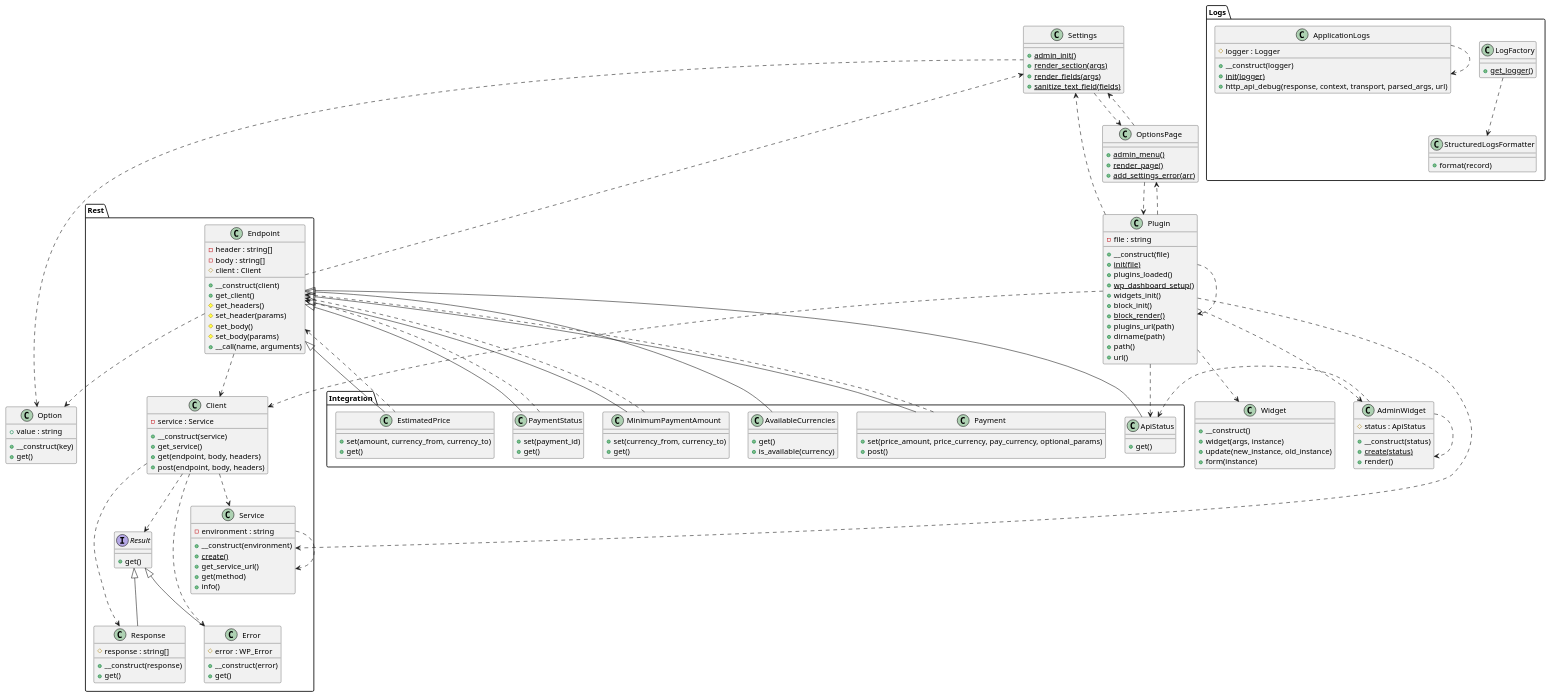
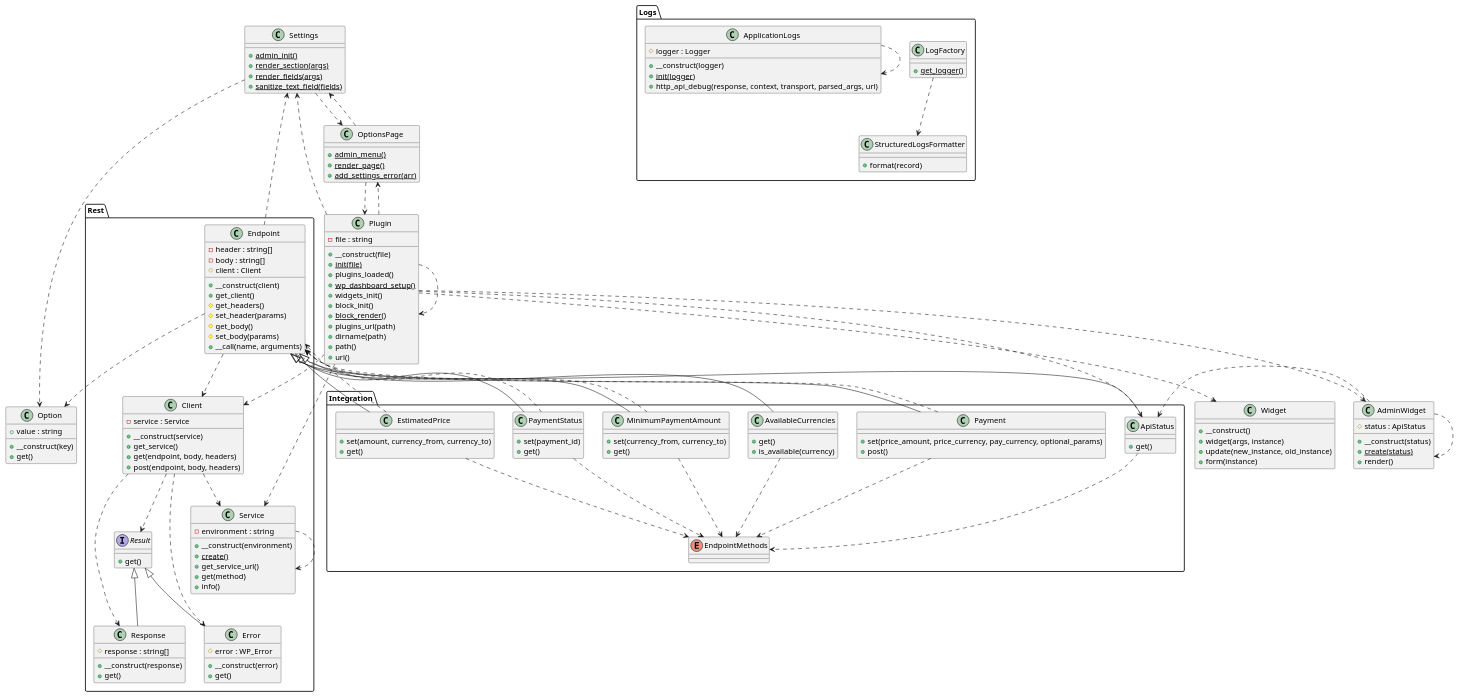
Before and after one commit to lloc/wp-nowpayments-integration: the diagram in plantuml_gist.puml, drawn with PlantUML. The commit also changed 7 other files, not shown here.

Commit message:
EndpointMethods enum introduced

```diff
--- a/plantuml_gist.puml
+++ b/plantuml_gist.puml
@@ -1,161 +1,169 @@
 @startuml class-diagram
   class "Settings" as Settings {
     {static} +admin_init()
     {static} +render_section(args)
     {static} +render_fields(args)
     {static} +sanitize_text_field(fields)
   }
   class "Option" as Option {
     +value : string
     +__construct(key)
     +get()
   }
   class "Plugin" as Plugin {
     -file : string
     +__construct(file)
     {static} +init(file)
     +plugins_loaded()
     {static} +wp_dashboard_setup()
     +widgets_init()
     +block_init()
     {static} +block_render()
     +plugins_url(path)
     +dirname(path)
     +path()
     +url()
   }
   class "Widget" as Widget {
     +__construct()
     +widget(args, instance)
     +update(new_instance, old_instance)
     +form(instance)
   }
   class "AdminWidget" as AdminWidget {
     #status : ApiStatus
     +__construct(status)
     {static} +create(status)
     +render()
   }
   class "OptionsPage" as OptionsPage {
     {static} +admin_menu()
     {static} +render_page()
     {static} +add_settings_error(arr)
   }
   package Integration as Integration {
     class "EstimatedPrice" as Integration_EstimatedPrice {
       +set(amount, currency_from, currency_to)
       +get()
+    }
+    enum "EndpointMethods" as Integration_EndpointMethods {
     }
     class "Payment" as Integration_Payment {
       +set(price_amount, price_currency, pay_currency, optional_params)
       +post()
     }
     class "AvailableCurrencies" as Integration_AvailableCurrencies {
       +get()
       +is_available(currency)
     }
     class "MinimumPaymentAmount" as Integration_MinimumPaymentAmount {
       +set(currency_from, currency_to)
       +get()
     }
     class "ApiStatus" as Integration_ApiStatus {
       +get()
     }
     class "PaymentStatus" as Integration_PaymentStatus {
       +set(payment_id)
       +get()
     }
   }
   package Logs as Logs {
     class "StructuredLogsFormatter" as Logs_StructuredLogsFormatter {
       +format(record)
     }
     class "LogFactory" as Logs_LogFactory {
       {static} +get_logger()
     }
     class "ApplicationLogs" as Logs_ApplicationLogs {
       #logger : Logger
       +__construct(logger)
       {static} +init(logger)
       +http_api_debug(response, context, transport, parsed_args, url)
     }
   }
   package Rest as Rest {
     class "Response" as Rest_Response {
       #response : string[]
       +__construct(response)
       +get()
     }
     class "Service" as Rest_Service {
       -environment : string
       +__construct(environment)
       {static} +create()
       +get_service_url()
       +get(method)
       +info()
     }
     interface "Result" as Rest_Result {
       +get()
     }
     class "Error" as Rest_Error {
       #error : WP_Error
       +__construct(error)
       +get()
     }
     class "Endpoint" as Rest_Endpoint {
       -header : string[]
       -body : string[]
       #client : Client
       +__construct(client)
       +get_client()
       #get_headers()
       #set_header(params)
       #get_body()
       #set_body(params)
       +__call(name, arguments)
     }
     class "Client" as Rest_Client {
       -service : Service
       +__construct(service)
       +get_service()
       +get(endpoint, body, headers)
       +post(endpoint, body, headers)
     }
   }
   AdminWidget ..> AdminWidget
   AdminWidget ..> Integration_ApiStatus
+  Integration_ApiStatus ..> Integration_EndpointMethods
+  Integration_AvailableCurrencies ..> Integration_EndpointMethods
+  Integration_EstimatedPrice ..> Integration_EndpointMethods
   Integration_EstimatedPrice ..> Rest_Endpoint
+  Integration_MinimumPaymentAmount ..> Integration_EndpointMethods
   Integration_MinimumPaymentAmount ..> Rest_Endpoint
+  Integration_Payment ..> Integration_EndpointMethods
   Integration_Payment ..> Rest_Endpoint
+  Integration_PaymentStatus ..> Integration_EndpointMethods
   Integration_PaymentStatus ..> Rest_Endpoint
   Logs_ApplicationLogs ..> Logs_ApplicationLogs
   Logs_LogFactory ..> Logs_StructuredLogsFormatter
   OptionsPage ..> Plugin
   OptionsPage ..> Settings
   Plugin ..> AdminWidget
   Plugin ..> Integration_ApiStatus
   Plugin ..> OptionsPage
   Plugin ..> Plugin
   Plugin ..> Rest_Client
   Plugin ..> Rest_Service
   Plugin ..> Settings
   Plugin ..> Widget
   Rest_Client ..> Rest_Error
   Rest_Client ..> Rest_Response
   Rest_Client ..> Rest_Result
   Rest_Client ..> Rest_Service
   Rest_Endpoint ..> Option
   Rest_Endpoint ..> Rest_Client
   Rest_Endpoint ..> Settings
   Rest_Endpoint <|-- Integration_ApiStatus
   Rest_Endpoint <|-- Integration_AvailableCurrencies
   Rest_Endpoint <|-- Integration_EstimatedPrice
   Rest_Endpoint <|-- Integration_MinimumPaymentAmount
   Rest_Endpoint <|-- Integration_Payment
   Rest_Endpoint <|-- Integration_PaymentStatus
   Rest_Result <|-- Rest_Error
   Rest_Result <|-- Rest_Response
   Rest_Service ..> Rest_Service
   Settings ..> Option
   Settings ..> OptionsPage
 @enduml
```
